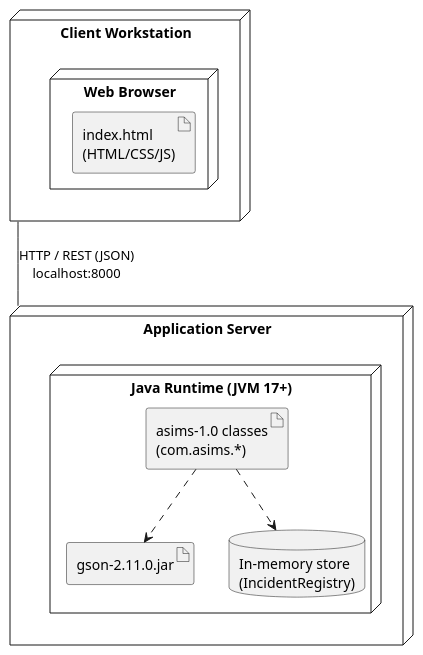
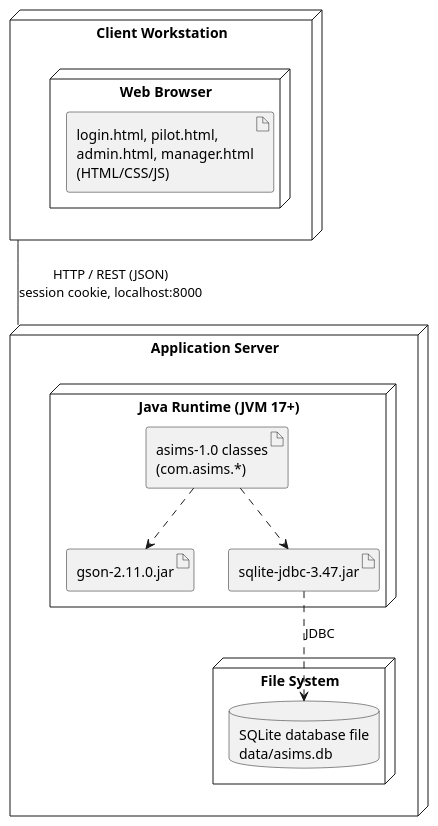
One commit to hassanshakil22/OOAD-ASIMS changed the tenth of 10 diagrams in docs/UML_DIAGRAMS.md. Above: the diagram before and after it, drawn with PlantUML. The commit also changed other lines of this file and 25 other files, not shown here.

Commit message:
Update report, UML diagrams, test results and README for the new system

````diff
--- a/docs/UML_DIAGRAMS.md
+++ b/docs/UML_DIAGRAMS.md
@@ -763,21 +726,25 @@
 ```plantuml
 @startuml
 node "Client Workstation" as client {
   node "Web Browser" {
-    artifact "index.html\n(HTML/CSS/JS)" as html
+    artifact "login.html, pilot.html,\nadmin.html, manager.html\n(HTML/CSS/JS)" as html
   }
 }
 
 node "Application Server" as server {
   node "Java Runtime (JVM 17+)" {
     artifact "asims-1.0 classes\n(com.asims.*)" as app
     artifact "gson-2.11.0.jar" as gson
-    database "In-memory store\n(IncidentRegistry)" as mem
+    artifact "sqlite-jdbc-3.47.jar" as jdbc
+  }
+  node "File System" {
+    database "SQLite database file\ndata/asims.db" as db
   }
 }
 
-client -- server : HTTP / REST (JSON)\nlocalhost:8000
+client -- server : HTTP / REST (JSON)\nsession cookie, localhost:8000
 app ..> gson
-app ..> mem
+app ..> jdbc
+jdbc ..> db : JDBC
 @enduml
 ```
````
